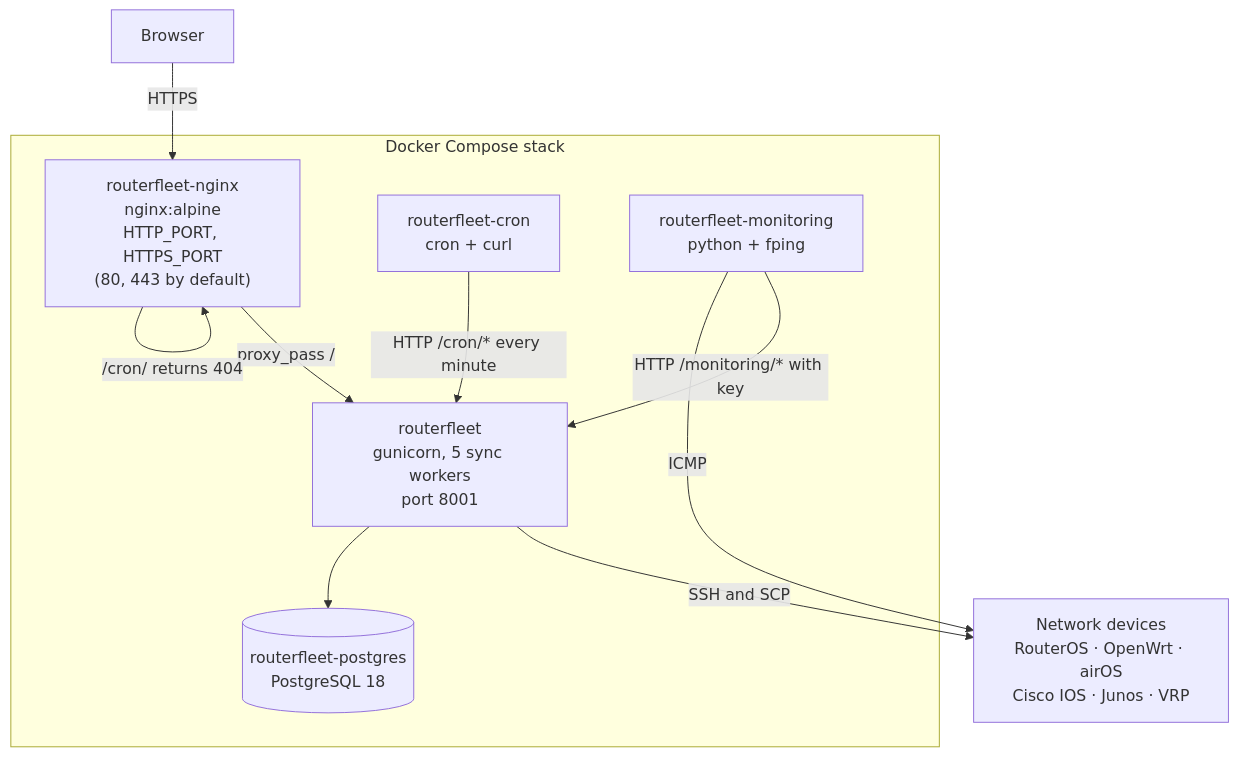
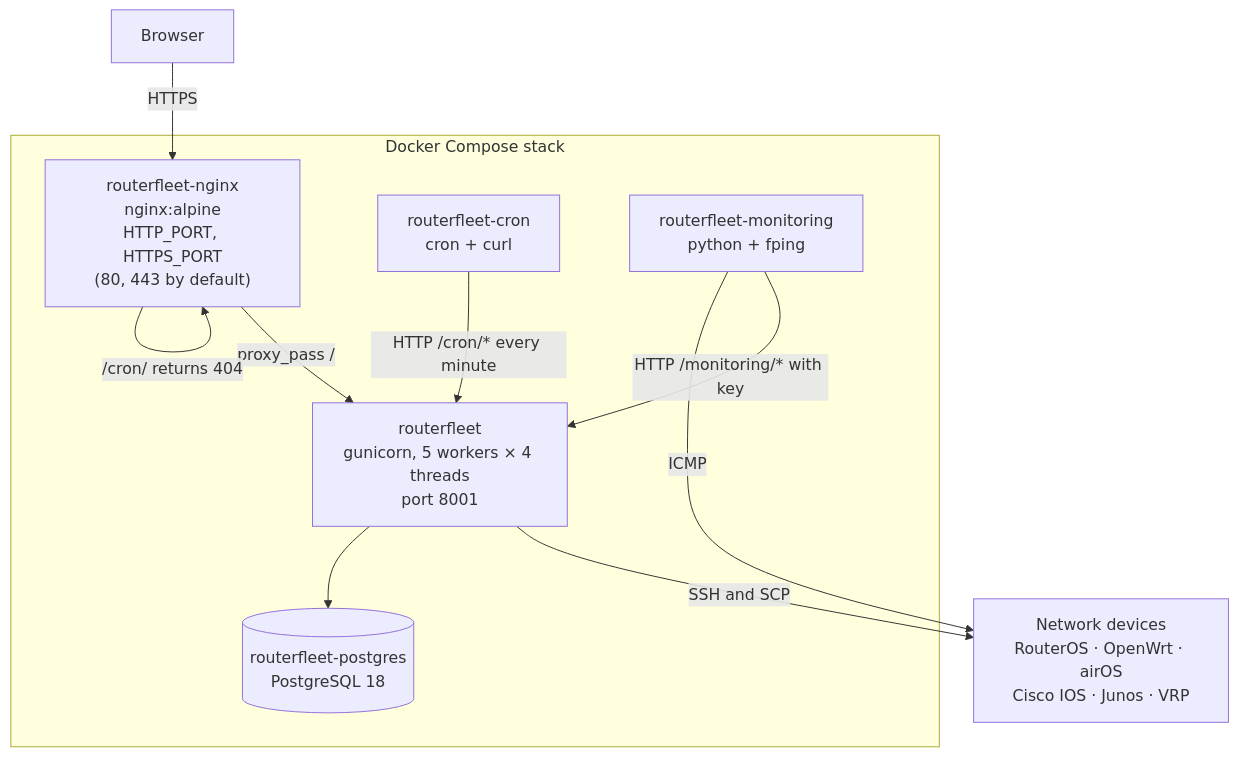
Before and after one commit to alessiobravi/routerfleet_improved: the first of 4 diagrams in docs/architecture.md, drawn with Mermaid. The commit also changed 36 other files, not shown here.

````diff
--- a/docs/architecture.md
+++ b/docs/architecture.md
@@ -6,23 +6,23 @@
 ```mermaid
 flowchart TB
     browser["Browser"]
     devices["Network devices<br/>RouterOS · OpenWrt · airOS<br/>Cisco IOS · Junos · VRP"]
 
     subgraph stack["Docker Compose stack"]
         nginx["routerfleet-nginx<br/>nginx:alpine<br/>HTTP_PORT, HTTPS_PORT<br/>(80, 443 by default)"]
-        app["routerfleet<br/>gunicorn, 5 sync workers<br/>port 8001"]
+        app["routerfleet<br/>gunicorn, 5 workers × 4 threads<br/>port 8001"]
         cron["routerfleet-cron<br/>cron + curl"]
         mon["routerfleet-monitoring<br/>python + fping"]
         db[("routerfleet-postgres<br/>PostgreSQL 18")]
     end
 
     browser -->|HTTPS| nginx
     nginx -->|"proxy_pass /"| app
     nginx -->|"/static/ from volume"| nginx
     nginx -->|"/cron/ returns 404"| nginx
     cron -->|"HTTP /cron/* every minute"| app
     mon -->|"HTTP /monitoring/* with key"| app
     mon -->|ICMP| devices
     app -->|"SSH and SCP"| devices
     app --> db
 ```
````
